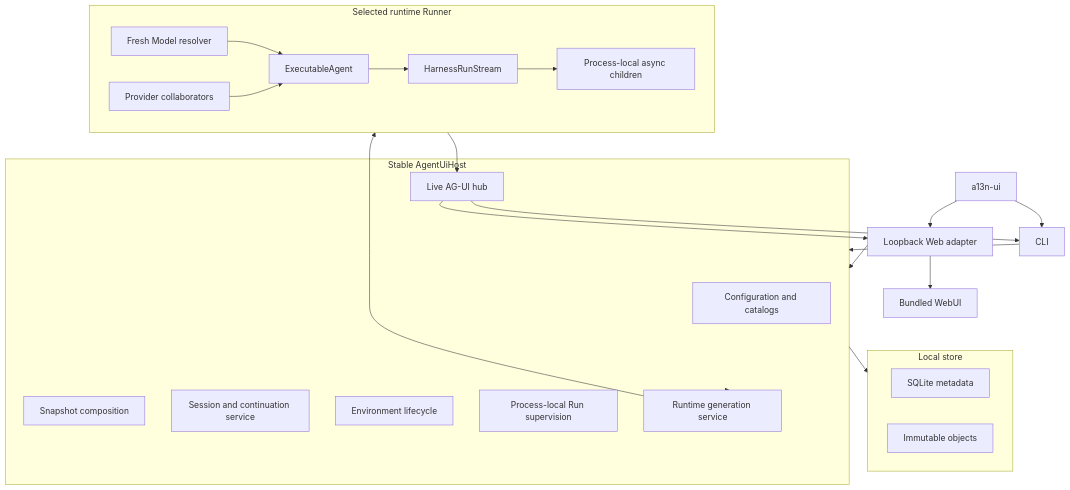
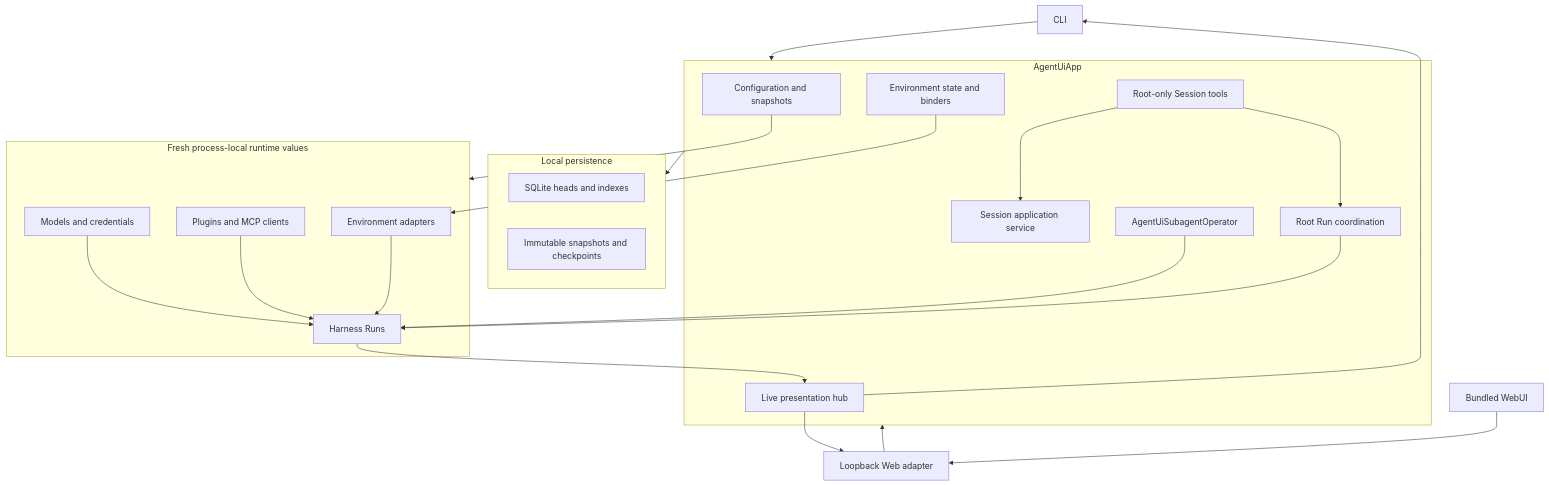
One commit to LTThreeComma/agent-foundation changed the second of 4 diagrams in spec/agent-ui/00-overview.md. Above: the diagram before and after it, drawn with Mermaid. The commit also changed other lines of this file and 125 other files, not shown here.

First line of the commit message:
feat(agent-ui): build single-process workstation (#94)

````diff
--- a/spec/agent-ui/00-overview.md
+++ b/spec/agent-ui/00-overview.md
@@ -64,40 +65,38 @@
 ```mermaid
 flowchart TB
-    Entry[a13n-ui]
     CLI[CLI]
     Web[Loopback Web adapter]
     Browser[Bundled WebUI]
 
-    subgraph Host[Stable AgentUiHost]
-        Configuration[Configuration and catalogs]
-        Composition[Snapshot composition]
-        Sessions[Session and continuation service]
-        Environments[Environment lifecycle]
-        Runs[Process-local Run supervision]
-        Live[Live AG-UI hub]
-        Runtime[Runtime generation service]
+    subgraph App[AgentUiApp]
+        Configuration[Configuration and snapshots]
+        Sessions[Session application service]
+        Runs[Root Run coordination]
+        Operator[AgentUiSubagentOperator]
+        Environments[Environment state and binders]
+        SessionTools[Root-only Session tools]
+        Live[Live presentation hub]
     end
 
-    subgraph Store[Local store]
-        DB[SQLite metadata]
-        Objects[Immutable objects]
+    subgraph Runtime[Fresh process-local runtime values]
+        Models[Models and credentials]
+        Extensions[Plugins and MCP clients]
+        Adapters[Environment adapters]
+        Harness[Harness Runs]
     end
 
-    subgraph Runner[Selected runtime Runner]
-        Model[Fresh Model resolver]
-        Provider[Provider collaborators]
-        Executable[ExecutableAgent]
-        Stream[HarnessRunStream]
-        Children[Process-local async children]
+    subgraph Storage[Local persistence]
+        SQLite[SQLite heads and indexes]
+        Objects[Immutable snapshots and checkpoints]
     end
 
-    Entry --> CLI --> Host
-    Entry --> Web --> Browser
-    Web --> Host
-    Host --> Store
-    Host --> Runtime --> Runner
-    Runner --> Live --> CLI
-    Live --> Web
-    Model & Provider --> Executable --> Stream
-    Stream --> Children
+    CLI --> App
+    Browser --> Web --> App
+    App --> Storage
+    Configuration --> Runtime
+    Environments --> Adapters
+    Runs & Operator --> Harness
+    Models & Extensions & Adapters --> Harness
+    Harness --> Live --> CLI & Web
+    SessionTools --> Sessions & Runs
 ```
````
